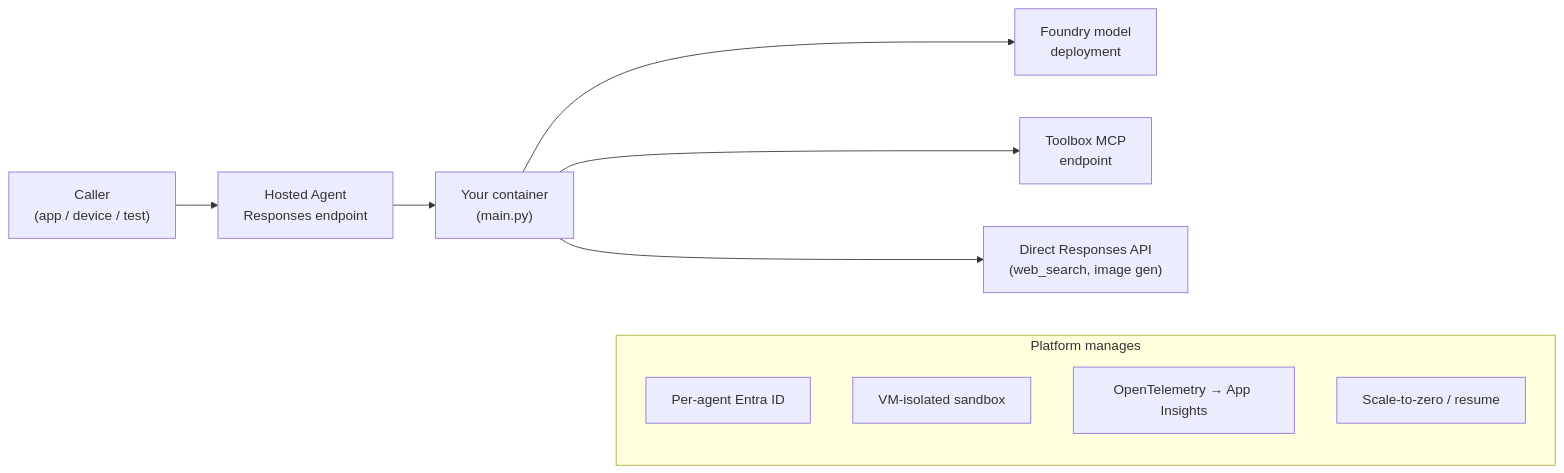
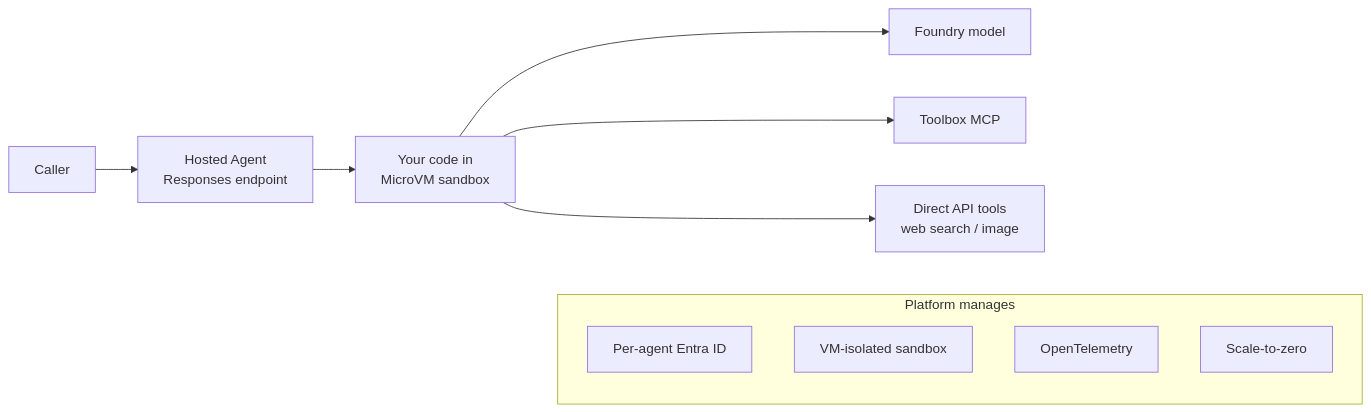
The second of 5 diagrams in Agents/Foundry-Hosted-Agent-Toolbox-Demo/README.md (david-xinyuwei/david-share), drawn with Mermaid before and after one commit. The commit also changed other lines of this file and 1 other file, not shown here.

Commit message:
Fix Mermaid text overflow + correct Hosted Agent to MicroVM (not container)

````diff
--- a/Agents/Foundry-Hosted-Agent-Toolbox-Demo/README.md
+++ b/Agents/Foundry-Hosted-Agent-Toolbox-Demo/README.md
@@ -63,15 +63,15 @@
 ```mermaid
 flowchart LR
-    Caller["Caller<br/>(app / device / test)"] --> Endpoint["Hosted Agent<br/>Responses endpoint"]
-    Endpoint --> Container["Your container<br/>(main.py)"]
-    Container --> Model["Foundry model<br/>deployment"]
-    Container --> Toolbox["Toolbox MCP<br/>endpoint"]
-    Container --> DirectTools["Direct Responses API<br/>(web_search, image gen)"]
+    Caller["Caller"] --> Endpoint["Hosted Agent<br/>Responses endpoint"]
+    Endpoint --> Sandbox["Your code in<br/>MicroVM sandbox"]
+    Sandbox --> Model["Foundry model"]
+    Sandbox --> Toolbox["Toolbox MCP"]
+    Sandbox --> Direct["Direct API tools<br/>web search / image"]
     subgraph Platform["Platform manages"]
-        Identity["Per-agent Entra ID"]
-        Sandbox["VM-isolated sandbox"]
-        OTel["OpenTelemetry → App Insights"]
-        Scaling["Scale-to-zero / resume"]
+        ID["Per-agent Entra ID"]
+        VM["VM-isolated sandbox"]
+        OT["OpenTelemetry"]
+        SC["Scale-to-zero"]
     end
-    Container ~~~ Platform
+    Sandbox ~~~ Platform
 ```
````
